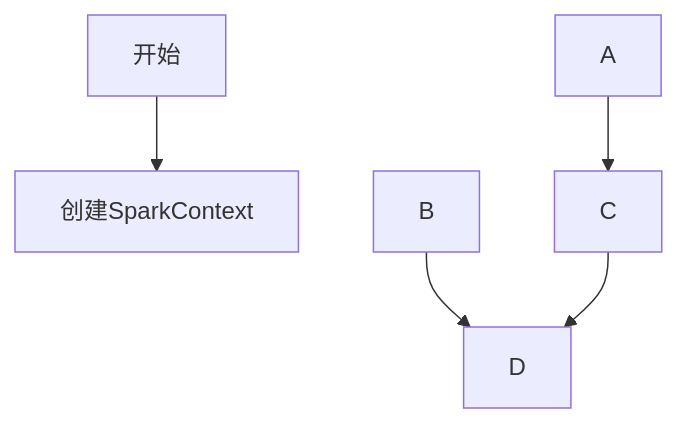
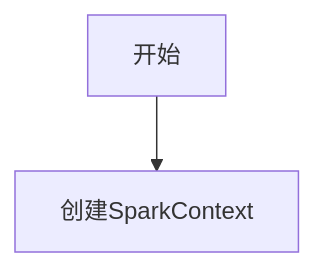
Before and after one commit to panladen/gitbook: the diagram in 2-run architecture.md, drawn with Mermaid.

Commit message:
Updates 2-run architecture.md
Auto commit by GitBook Editor

````diff
--- a/2-run architecture.md
+++ b/2-run architecture.md
@@ -83,7 +83,4 @@
 ```{mermaid}
 graph TD
   开始-->创建SparkContext
-  A-->C
-  B-->D
-  C-->D
 ```
````
